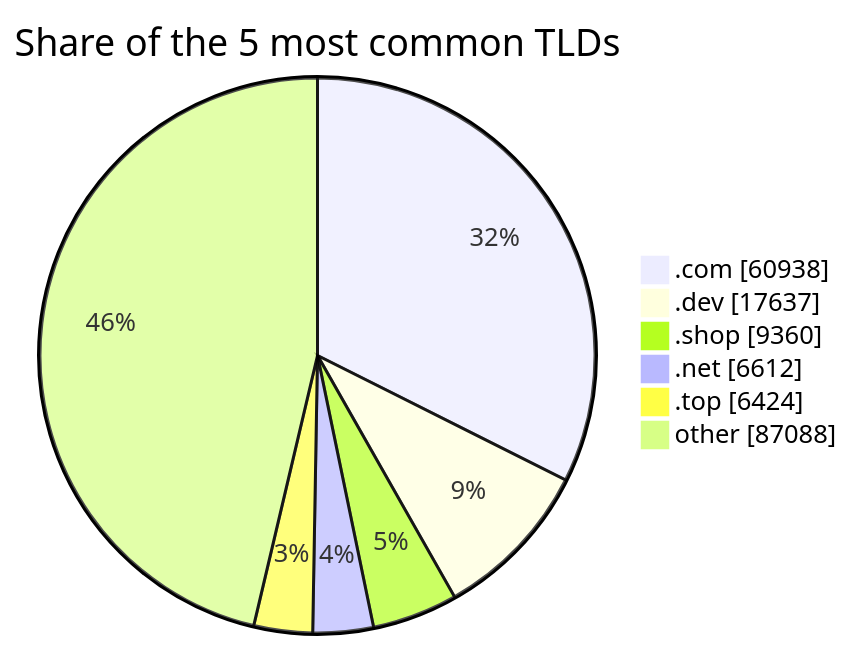
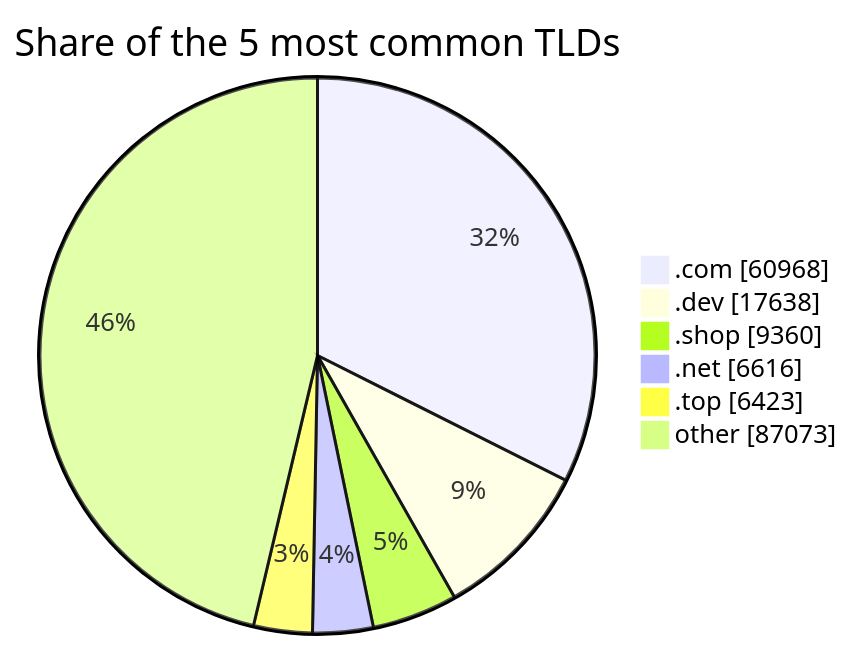
One commit to DNSBunker/CTI changed the third of 3 diagrams in README.md. Above: the diagram before and after it, drawn with Mermaid. The commit also changed other lines of this file and 3 other files, not shown here.

````diff
--- a/README.md
+++ b/README.md
@@ -81,9 +81,9 @@
 ```mermaid
 pie showData title Share of the 5 most common TLDs
-    ".com" : 60938
-    ".dev" : 17637
+    ".com" : 60968
+    ".dev" : 17638
     ".shop" : 9360
-    ".net" : 6612
-    ".top" : 6424
-    "other" : 87088
+    ".net" : 6616
+    ".top" : 6423
+    "other" : 87073
 ```
````
